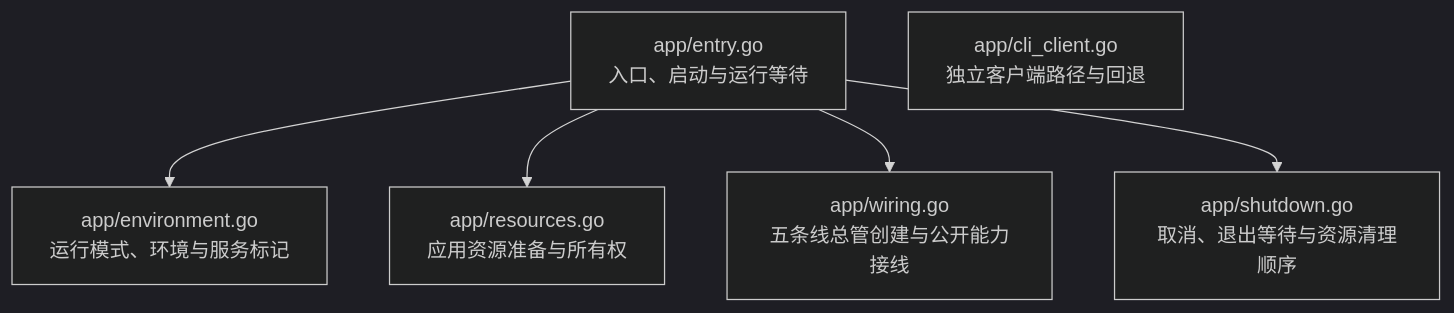
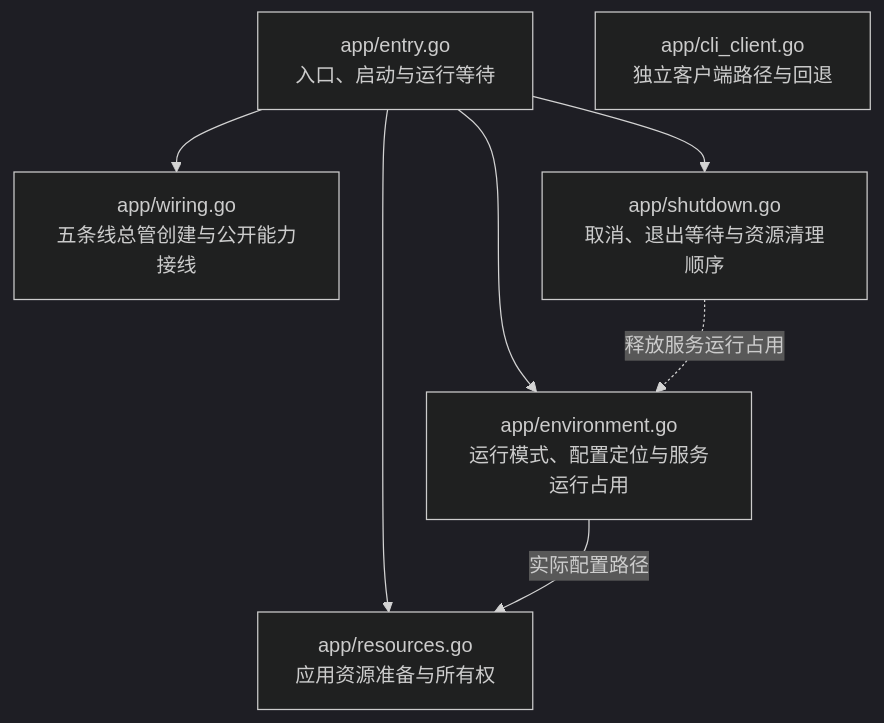
The first of 6 diagrams in devdocs/architecture.md (Elflare/elbot), drawn with Mermaid (dark theme) before and after one commit. The commit also changed other lines of this file and 5 other files, not shown here.

````diff
--- a/devdocs/architecture.md
+++ b/devdocs/architecture.md
@@ -16,10 +16,12 @@
 ```mermaid
 flowchart TB
     E["app/entry.go<br/>入口、启动与运行等待"]
-    ENV["app/environment.go<br/>运行模式、环境与服务标记"]
+    ENV["app/environment.go<br/>运行模式、配置定位与服务运行占用"]
     R["app/resources.go<br/>应用资源准备与所有权"]
     W["app/wiring.go<br/>五条线总管创建与公开能力接线"]
     S["app/shutdown.go<br/>取消、退出等待与资源清理顺序"]
     C["app/cli_client.go<br/>独立客户端路径与回退"]
     E --> ENV & R & W & S
+    ENV -->|实际配置路径| R
+    S -.->|释放服务运行占用| ENV
 ```
````
